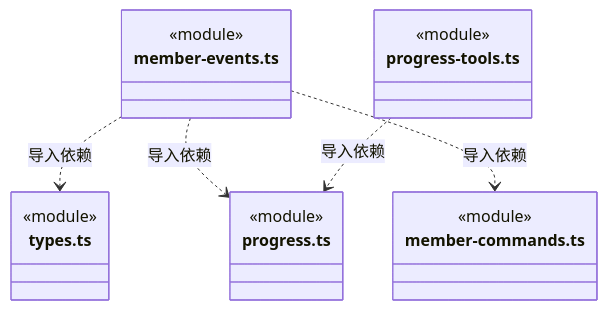
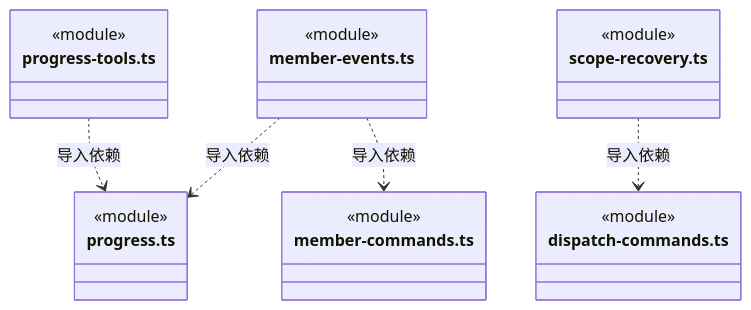
Diagram 51 of 56 in src/backend/core/tasks/ARCHITECTURE.md (nan023062/cbim), drawn with Mermaid before and after one commit. The commit also changed other lines of this file and 53 other files, not shown here.

````diff
--- a/src/backend/core/tasks/ARCHITECTURE.md
+++ b/src/backend/core/tasks/ARCHITECTURE.md
@@ -1173,22 +1281,25 @@
 ```mermaid
 classDiagram
 class N_src_backend_core_tasks_member_events_ts["member-events.ts"] {
-  <<module>>
-}
-class N_src_backend_core_tasks_types_ts["types.ts"] {
   <<module>>
 }
 class N_src_backend_core_tasks_progress_ts["progress.ts"] {
   <<module>>
 }
 class N_src_backend_core_tasks_member_commands_ts["member-commands.ts"] {
   <<module>>
 }
 class N_src_backend_core_tasks_progress_tools_ts["progress-tools.ts"] {
   <<module>>
 }
-N_src_backend_core_tasks_member_events_ts ..> N_src_backend_core_tasks_types_ts : 导入依赖
+class N_src_backend_core_tasks_scope_recovery_ts["scope-recovery.ts"] {
+  <<module>>
+}
+class N_src_backend_core_tasks_dispatch_commands_ts["dispatch-commands.ts"] {
+  <<module>>
+}
 N_src_backend_core_tasks_member_events_ts ..> N_src_backend_core_tasks_progress_ts : 导入依赖
 N_src_backend_core_tasks_member_events_ts ..> N_src_backend_core_tasks_member_commands_ts : 导入依赖
 N_src_backend_core_tasks_progress_tools_ts ..> N_src_backend_core_tasks_progress_ts : 导入依赖
+N_src_backend_core_tasks_scope_recovery_ts ..> N_src_backend_core_tasks_dispatch_commands_ts : 导入依赖
 ```
````
